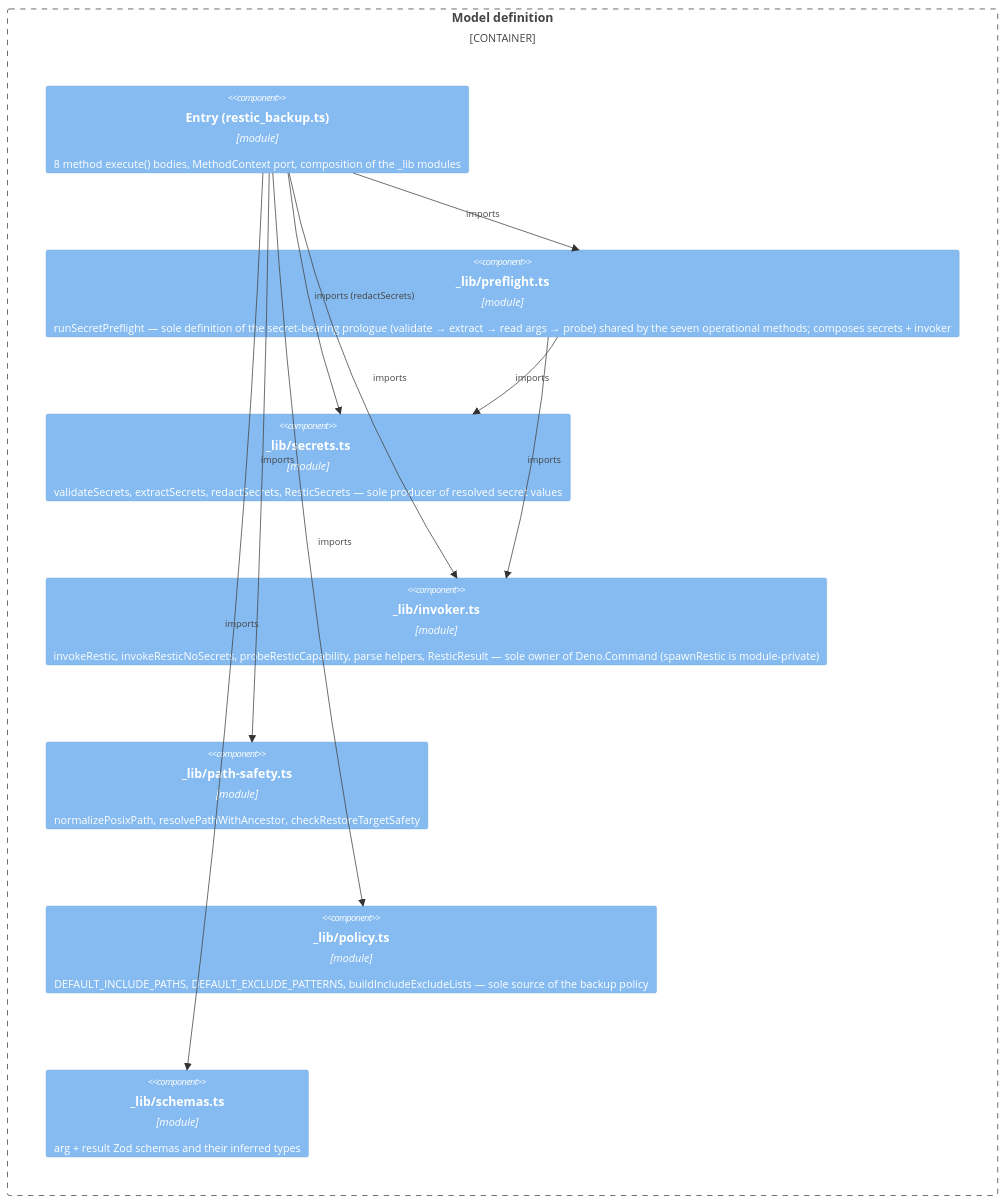
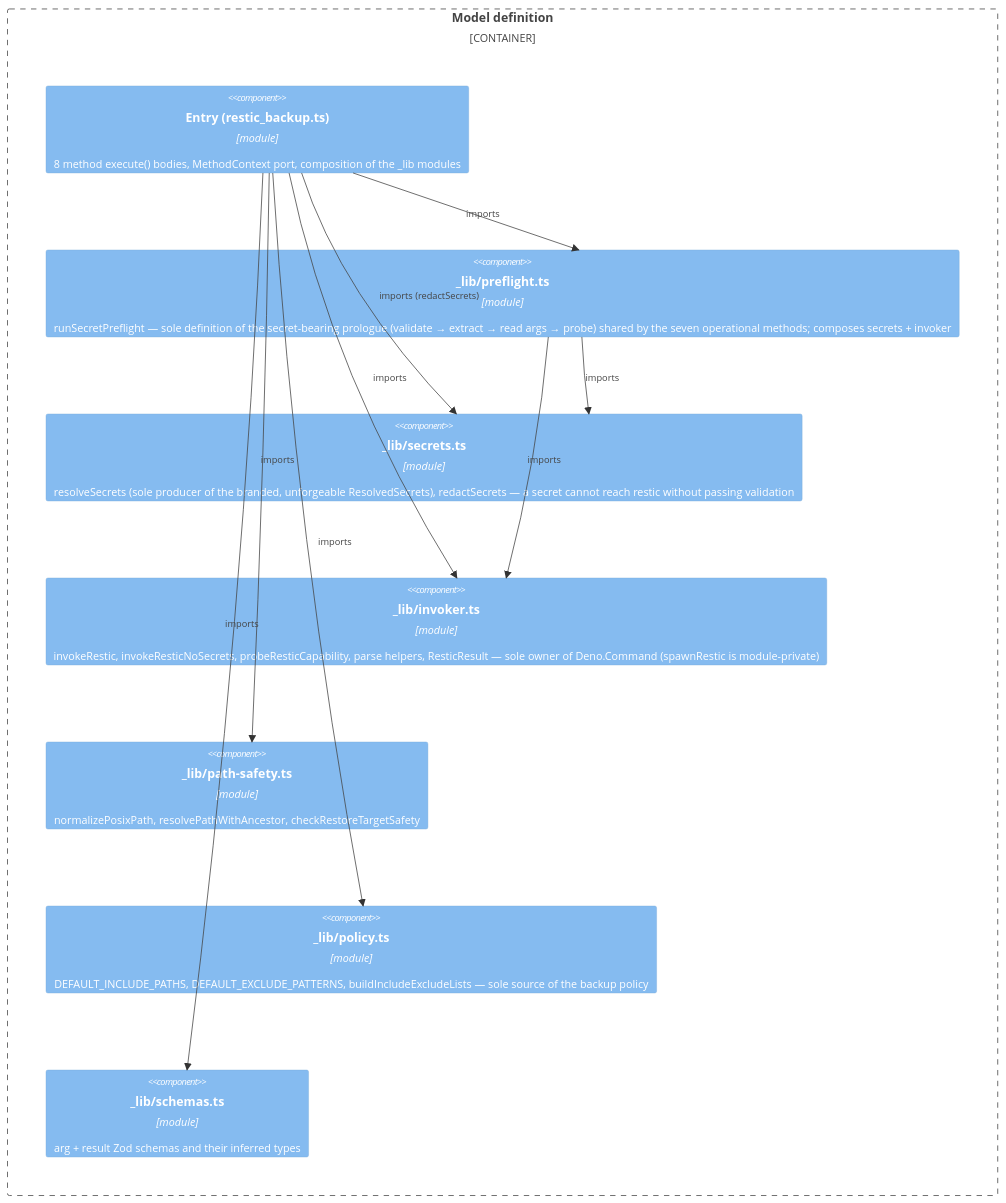
The third of 3 diagrams in docs/architecture.md (Atalanta/swamp-restic-backup), drawn with Mermaid before and after one commit. The commit also changed 1 other file, not shown here.

Commit message:
[#4] Docs: Update C4 secrets component for the branded type
Code-review ARCH-1 (low): docs/architecture.md and workspace.dsl still
described _lib/secrets.ts as owning validateSecrets/extractSecrets/
ResticSecrets and noted a deferred "structural secret TYPE". This branch
is that ticket. Updated both to describe resolveSecrets (sole producer
of the branded, unforgeable ResolvedSecrets) and redactSecrets, and
removed the stale deferral note.

````diff
--- a/docs/architecture.md
+++ b/docs/architecture.md
@@ -54,21 +54,21 @@
 ```mermaid
 C4Component
     Container_Boundary(model, "Model definition") {
         Component(methods, "Entry (restic_backup.ts)", "module", "8 method execute() bodies, MethodContext port, composition of the _lib modules")
         Component(preflight, "_lib/preflight.ts", "module", "runSecretPreflight — sole definition of the secret-bearing prologue (validate → extract → read args → probe) shared by the seven operational methods; composes secrets + invoker")
-        Component(secrets, "_lib/secrets.ts", "module", "validateSecrets, extractSecrets, redactSecrets, ResticSecrets — sole producer of resolved secret values")
+        Component(secrets, "_lib/secrets.ts", "module", "resolveSecrets (sole producer of the branded, unforgeable ResolvedSecrets), redactSecrets — a secret cannot reach restic without passing validation")
         Component(invoker, "_lib/invoker.ts", "module", "invokeRestic, invokeResticNoSecrets, probeResticCapability, parse helpers, ResticResult — sole owner of Deno.Command (spawnRestic is module-private)")
         Component(pathsafety, "_lib/path-safety.ts", "module", "normalizePosixPath, resolvePathWithAncestor, checkRestoreTargetSafety")
         Component(policy, "_lib/policy.ts", "module", "DEFAULT_INCLUDE_PATHS, DEFAULT_EXCLUDE_PATTERNS, buildIncludeExcludeLists — sole source of the backup policy")
         Component(schemas, "_lib/schemas.ts", "module", "arg + result Zod schemas and their inferred types")
     }
 
     Rel(methods, preflight, "imports")
     Rel(methods, secrets, "imports (redactSecrets)")
     Rel(methods, invoker, "imports")
     Rel(methods, pathsafety, "imports")
     Rel(methods, policy, "imports")
     Rel(methods, schemas, "imports")
     Rel(preflight, secrets, "imports")
     Rel(preflight, invoker, "imports")
 ```
````
